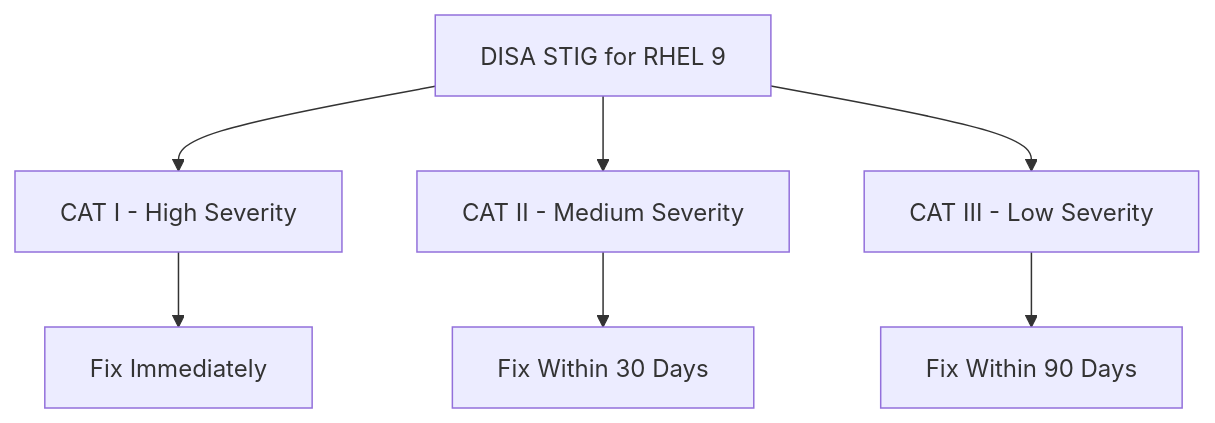
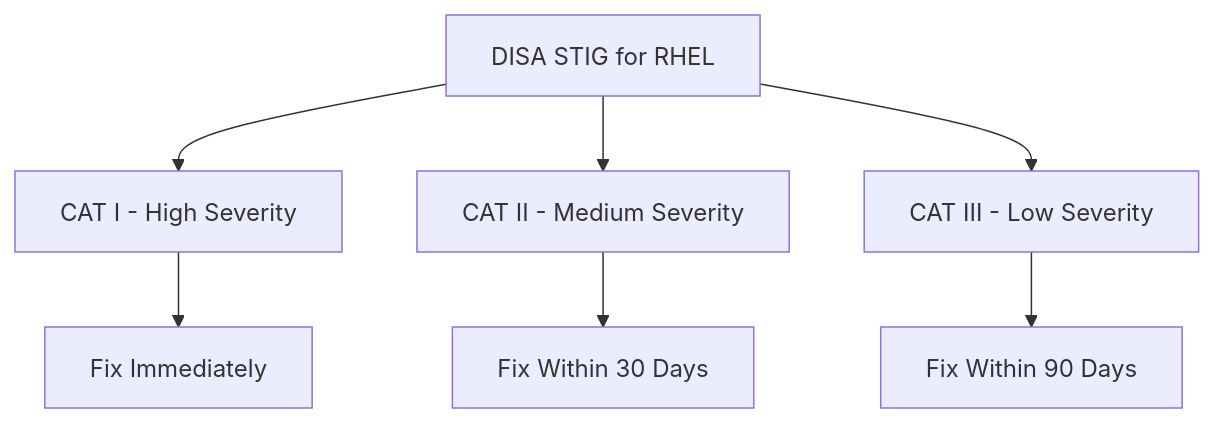
Before and after one commit to OneUptime/blog: the diagram in posts/2026-03-04-apply-disa-stig-controls-ansible-rhel-9/README.md, drawn with Mermaid. The commit also changed other lines of this file and 4866 other files, not shown here.

````diff
--- a/posts/2026-03-04-apply-disa-stig-controls-ansible-rhel-9/README.md
+++ b/posts/2026-03-04-apply-disa-stig-controls-ansible-rhel-9/README.md
@@ -21,9 +21,9 @@
 ```mermaid
 flowchart TD
-    A[DISA STIG for RHEL 9] --> B[CAT I - High Severity]
+    A[DISA STIG for RHEL] --> B[CAT I - High Severity]
     A --> C[CAT II - Medium Severity]
     A --> D[CAT III - Low Severity]
     B --> E[Fix Immediately]
     C --> F[Fix Within 30 Days]
     D --> G[Fix Within 90 Days]
 ```
````
